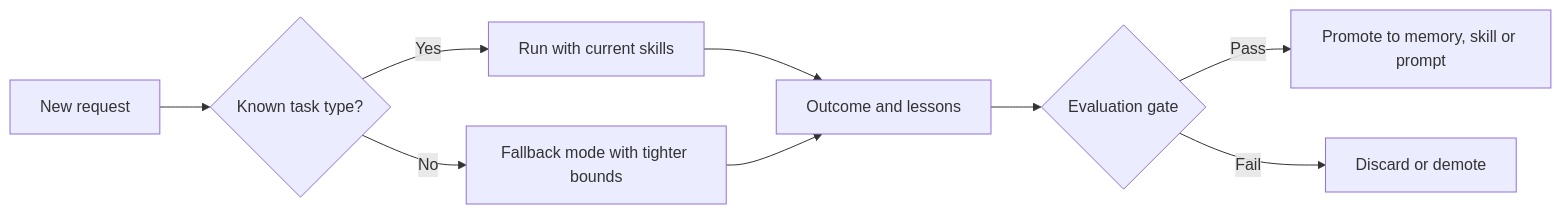
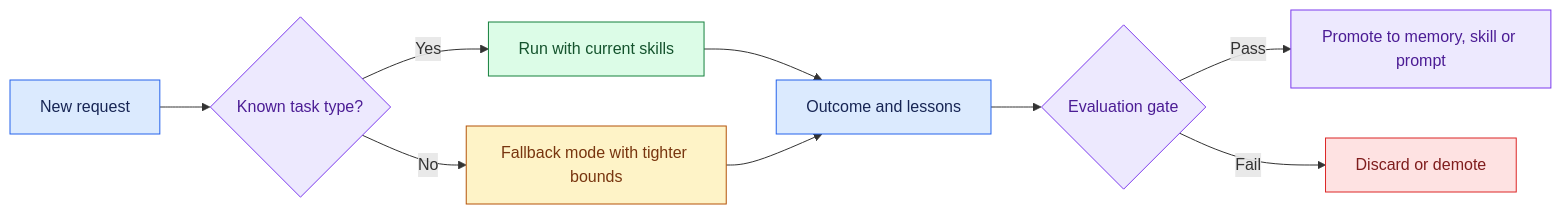
Before and after one commit to Sourav692/Forward-Deployed-Engineer-Interview-Prep: the diagram in site/case-pages/self-adapting-agent/introduction.md, drawn with Mermaid. The commit also changed other lines of this file and 1268 other files, not shown here.

First line of the commit message:
content: polish Casebook writing and Mermaid diagrams (#251)

````diff
--- a/site/case-pages/self-adapting-agent/introduction.md
+++ b/site/case-pages/self-adapting-agent/introduction.md
@@ -15,11 +16,23 @@
 ```mermaid
 flowchart LR
   A[New request] --> B{Known task type?}
   B -->|Yes| C[Run with current skills]
   B -->|No| D[Fallback mode with tighter bounds]
   C --> E[Outcome and lessons]
   D --> E
   E --> F{Evaluation gate}
   F -->|Pass| G[Promote to memory, skill or prompt]
   F -->|Fail| H[Discard or demote]
+
+    %% Casebook colours: entry, reasoning, results, controls, and stopped paths.
+    classDef cbInput fill:#dbeafe,stroke:#2563eb,color:#172554
+    class A,E cbInput
+    classDef cbReason fill:#ede9fe,stroke:#7c3aed,color:#4c1d95
+    class B,F,G cbReason
+    classDef cbAction fill:#dcfce7,stroke:#15803d,color:#14532d
+    class C cbAction
+    classDef cbPolicy fill:#fef3c7,stroke:#b45309,color:#78350f
+    class D cbPolicy
+    classDef cbStop fill:#fee2e2,stroke:#dc2626,color:#7f1d1d
+    class H cbStop
 ```
````
